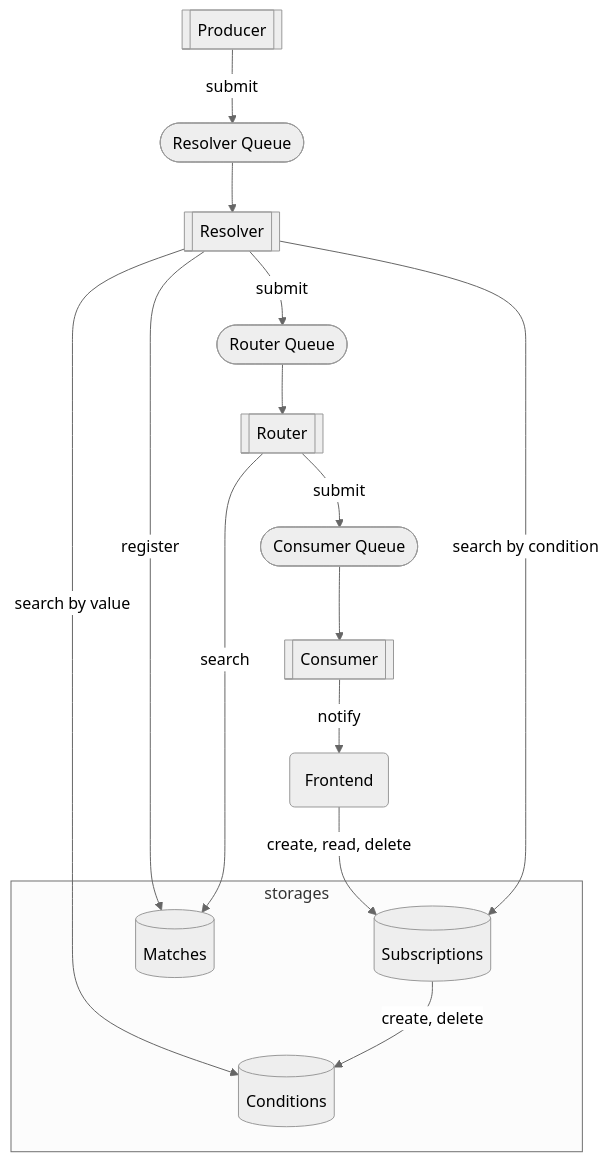
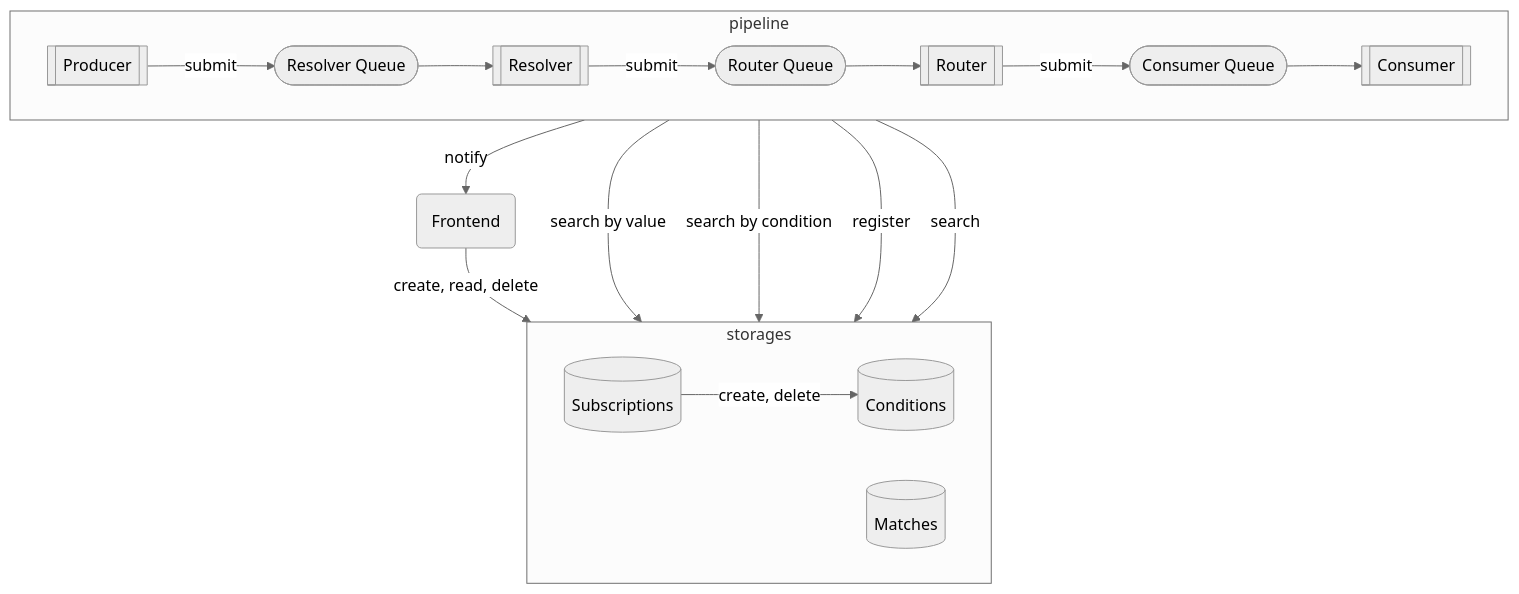
One commit to awakari/.github changed the second of 2 diagrams in profile/README.md. Above: the diagram before and after it, drawn with Mermaid.

````diff
--- a/profile/README.md
+++ b/profile/README.md
@@ -161,24 +161,28 @@
 ```mermaid
 %%{init: {'theme': 'neutral' } }%%
 flowchart TB
     subgraph storages
+        direction LR
         conditions[(Conditions)]
         subscriptions[(Subscriptions)]
         matches[(Matches)]
     end
+    subgraph pipeline
+        direction LR
         producer[[Producer]]
         resolverQueue([Resolver Queue])
         resolver[[Resolver]]
         routerQueue([Router Queue])
         router[[Router]]
         consumerQueue([Consumer Queue])
         consumer[[Consumer]]
+    end
     frontend(Frontend) -->|create, read, delete| subscriptions
     producer -->|submit| resolverQueue
     resolver -->|search by value| conditions
     resolver --> |search by condition| subscriptions
     resolver --> |register| matches
     subscriptions --> |create, delete| conditions
     router --> |search| matches
     resolverQueue --> resolver -->|submit| routerQueue --> router -->|submit| consumerQueue --> consumer -->|notify| frontend
 ```
````
